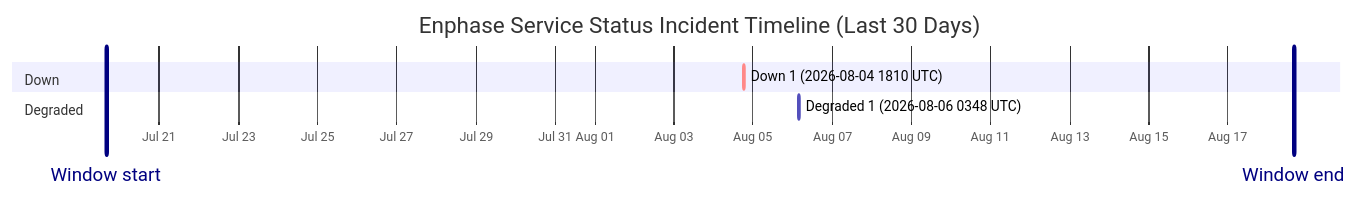
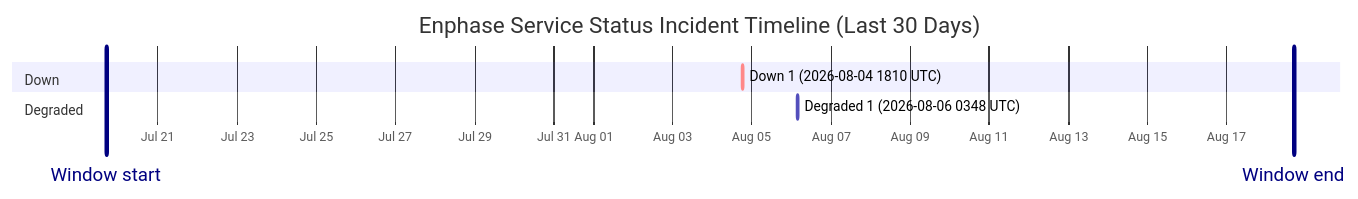
One commit to barneyonline/ha-enphase-energy changed the diagram in wiki/Service-Status-History.md. Above: the diagram before and after it, drawn with Mermaid. The commit also changed other lines of this file and 3 other files, not shown here.

````diff
--- a/wiki/Service-Status-History.md
+++ b/wiki/Service-Status-History.md
@@ -14,12 +14,12 @@
 ```mermaid
 gantt
     title Enphase Service Status Incident Timeline (Last 30 Days)
     dateFormat  YYYY-MM-DDTHH:mm:ss
     axisFormat  %b %d
-    Window start :vert, window-start, 2026-07-19T15:58:47, 0ms
-    Window end :vert, window-end, 2026-08-18T15:58:47, 0ms
+    Window start :vert, window-start, 2026-07-19T16:39:33, 0ms
+    Window end :vert, window-end, 2026-08-18T16:39:33, 0ms
     section Down
     Down 1 (2026-08-04 1810 UTC) :crit, down-1, 2026-08-04T18:10:46, 60m
     section Degraded
     Degraded 1 (2026-08-06 0348 UTC) :active, degraded-1, 2026-08-06T03:48:14, 60m
 ```
````
